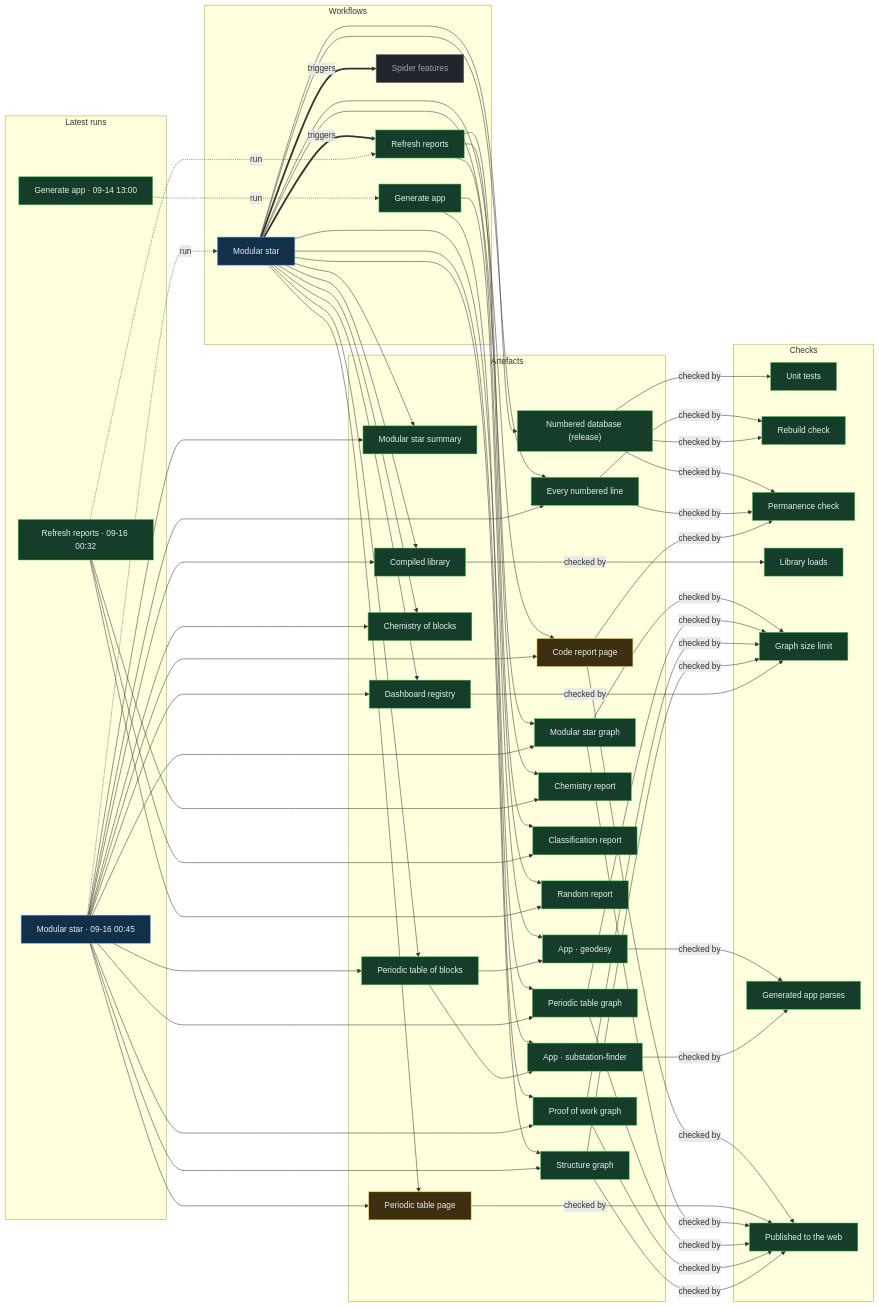
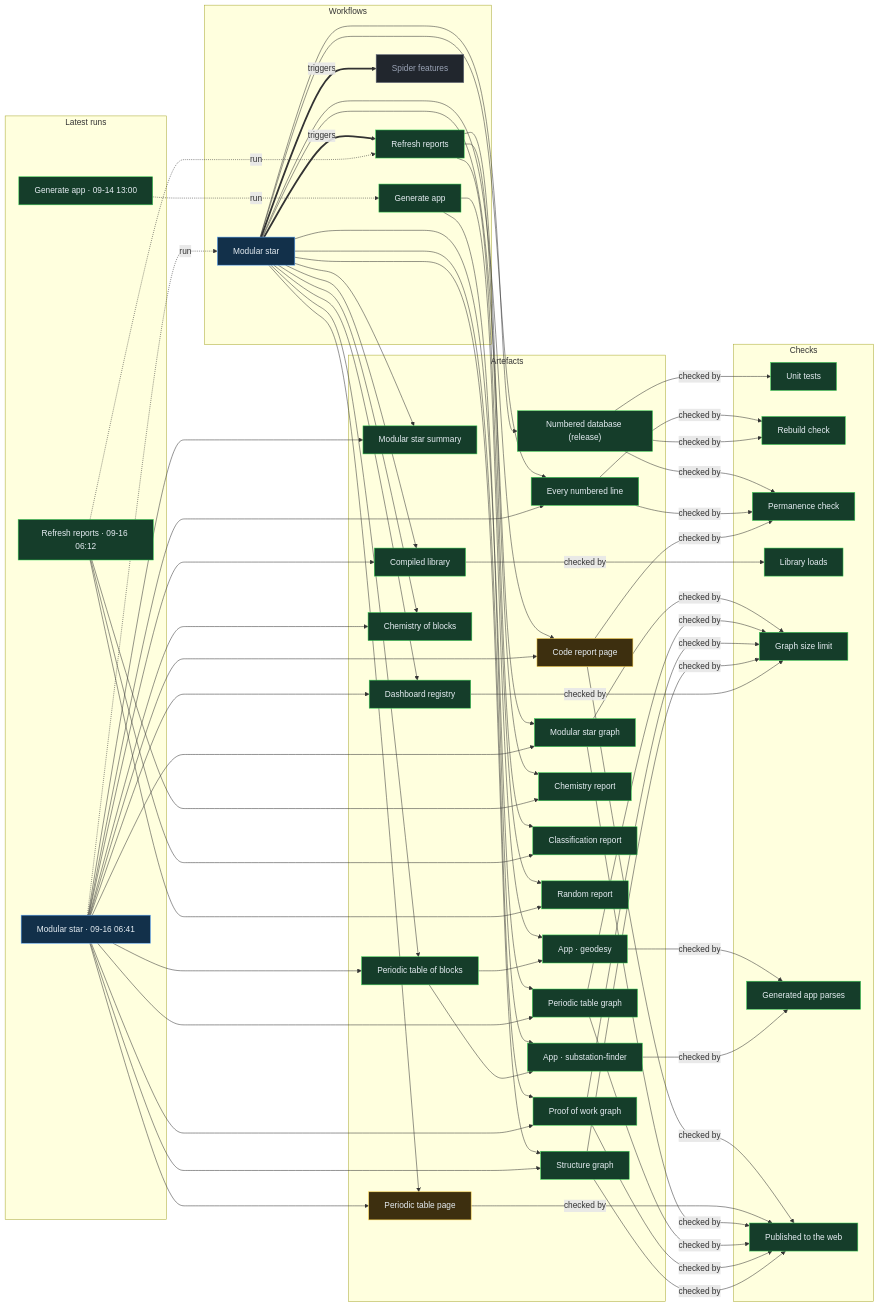
One commit to Ventusltd/stars changed the diagram in proof/PROOF.md. Above: the diagram before and after it, drawn with Mermaid. The commit also changed other lines of this file and 115 other files, not shown here.

Commit message:
Modular star 2026-09-16T06:43Z

```diff
--- a/proof/PROOF.md
+++ b/proof/PROOF.md
@@ -24,8 +24,8 @@
   n_wf_spider_features["Spider features"]:::off
   end
   subgraph g_runs["Latest runs"]
-  n_run_35041340760["Modular star · 09-16 00:45"]:::live
-  n_run_35040447776["Refresh reports · 09-16 00:32"]:::ok
+  n_run_35064858864["Modular star · 09-16 06:41"]:::live
+  n_run_35062665303["Refresh reports · 09-16 06:12"]:::ok
   n_run_34846587798["Generate app · 09-14 13:00"]:::ok
   end
   subgraph g_artefacts["Artefacts"]
@@ -59,39 +59,39 @@
   end
   n_wf_modular_star == triggers ==> n_wf_refresh
   n_wf_modular_star == triggers ==> n_wf_spider_features
-  n_run_35041340760 -. run .-> n_wf_modular_star
-  n_run_35040447776 -. run .-> n_wf_refresh
+  n_run_35064858864 -. run .-> n_wf_modular_star
+  n_run_35062665303 -. run .-> n_wf_refresh
   n_run_34846587798 -. run .-> n_wf_generate
   n_wf_modular_star --> n_art_summary
-  n_run_35041340760 --> n_art_summary
+  n_run_35064858864 --> n_art_summary
   n_wf_modular_star --> n_art_lines
-  n_run_35041340760 --> n_art_lines
+  n_run_35064858864 --> n_art_lines
   n_wf_modular_star --> n_art_code
-  n_run_35041340760 --> n_art_code
+  n_run_35064858864 --> n_art_code
   n_wf_modular_star --> n_art_modular_graph
-  n_run_35041340760 --> n_art_modular_graph
+  n_run_35064858864 --> n_art_modular_graph
   n_wf_modular_star --> n_art_blocks
-  n_run_35041340760 --> n_art_blocks
+  n_run_35064858864 --> n_art_blocks
   n_wf_modular_star --> n_art_table
-  n_run_35041340760 --> n_art_table
+  n_run_35064858864 --> n_art_table
   n_wf_modular_star --> n_art_blocks_graph
-  n_run_35041340760 --> n_art_blocks_graph
+  n_run_35064858864 --> n_art_blocks_graph
   n_wf_modular_star --> n_art_reactions
-  n_run_35041340760 --> n_art_reactions
+  n_run_35064858864 --> n_art_reactions
   n_wf_modular_star --> n_art_library
-  n_run_35041340760 --> n_art_library
+  n_run_35064858864 --> n_art_library
   n_wf_modular_star --> n_art_features
-  n_run_35041340760 --> n_art_features
+  n_run_35064858864 --> n_art_features
   n_wf_modular_star --> n_art_proof
-  n_run_35041340760 --> n_art_proof
+  n_run_35064858864 --> n_art_proof
   n_wf_modular_star --> n_art_structure
-  n_run_35041340760 --> n_art_structure
+  n_run_35064858864 --> n_art_structure
   n_wf_refresh --> n_art_chemistry
-  n_run_35040447776 --> n_art_chemistry
+  n_run_35062665303 --> n_art_chemistry
   n_wf_refresh --> n_art_vedic
-  n_run_35040447776 --> n_art_vedic
+  n_run_35062665303 --> n_art_vedic
   n_wf_refresh --> n_art_random
-  n_run_35040447776 --> n_art_random
+  n_run_35062665303 --> n_art_random
   n_wf_modular_star --> n_art_release
   n_wf_generate --> n_app_geodesy
   n_art_blocks --> n_app_geodesy
```
